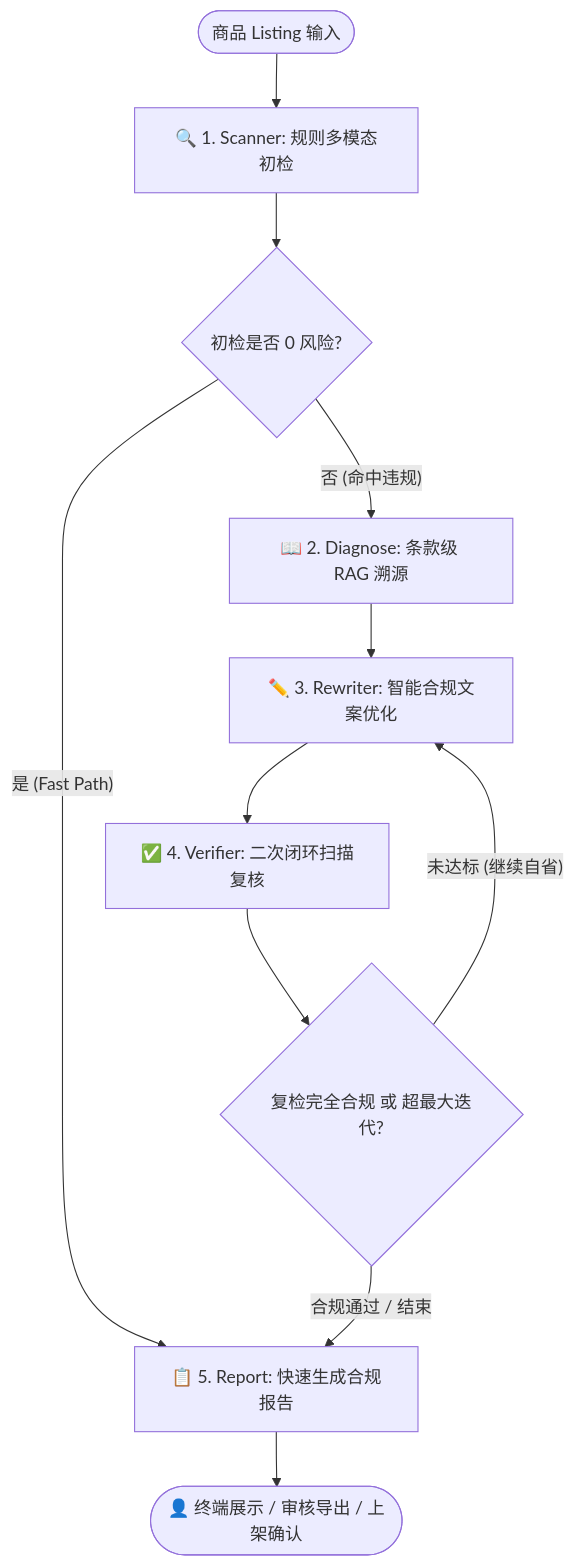
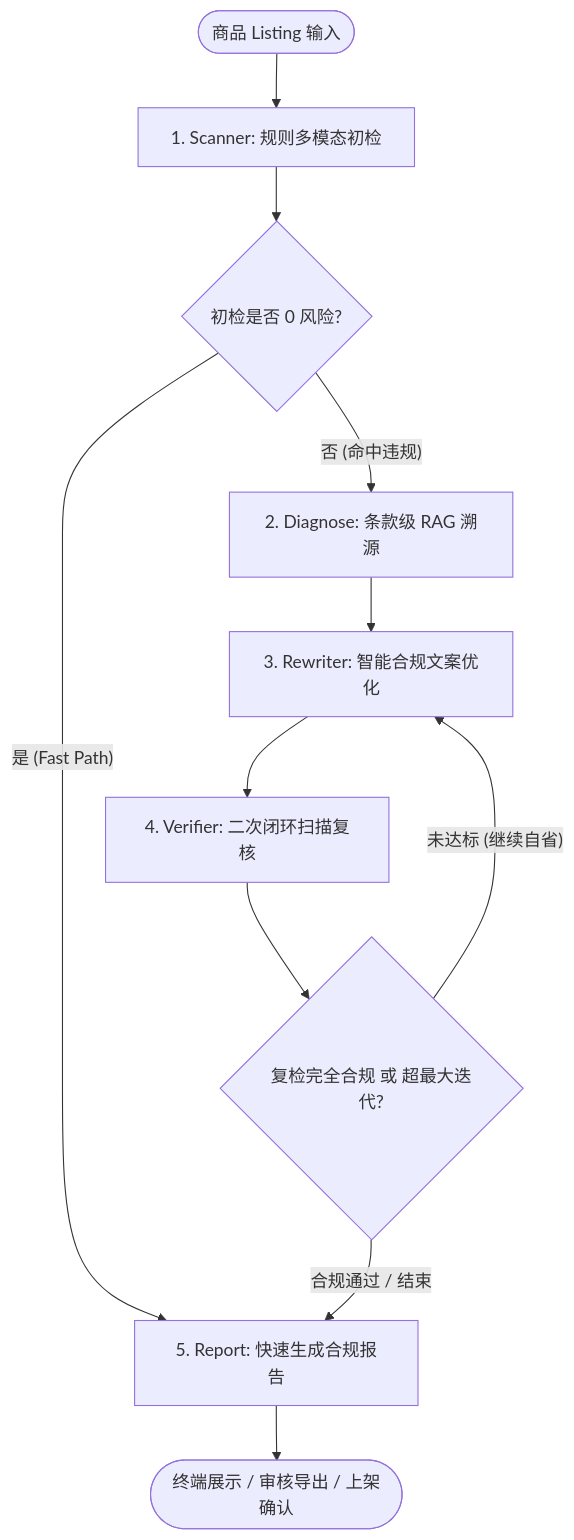
One commit to yyyqqqgedfuyeg/ListingGuard changed the diagram in README.md. Above: the diagram before and after it, drawn with Mermaid. The commit also changed other lines of this file and 30 other files, not shown here.

Commit message:
feat(compliance): implement hierarchical RAG, SQLite db, RBAC, double-confirmation, hooks, and clean README

````diff
--- a/README.md
+++ b/README.md
@@ -47,17 +48,17 @@
 ```mermaid
 flowchart TD
-    Start([商品 Listing 输入]) --> ScannerNode[🔍 1. Scanner: 规则多模态初检]
+    Start([商品 Listing 输入]) --> ScannerNode[1. Scanner: 规则多模态初检]
     
     ScannerNode --> IsCleanCheck{初检是否 0 风险?}
-    IsCleanCheck -- 是 (Fast Path) --> ReportNode[📋 5. Report: 快速生成合规报告]
-    IsCleanCheck -- 否 (命中违规) --> DiagnoseNode[📖 2. Diagnose: 条款级 RAG 溯源]
+    IsCleanCheck -- 是 (Fast Path) --> ReportNode[5. Report: 快速生成合规报告]
+    IsCleanCheck -- 否 (命中违规) --> DiagnoseNode[2. Diagnose: 条款级 RAG 溯源]
     
-    DiagnoseNode --> RewriteNode[✏️ 3. Rewriter: 智能合规文案优化]
-    RewriteNode --> VerifierNode[✅ 4. Verifier: 二次闭环扫描复核]
+    DiagnoseNode --> RewriteNode[3. Rewriter: 智能合规文案优化]
+    RewriteNode --> VerifierNode[4. Verifier: 二次闭环扫描复核]
     
     VerifierNode --> VerifyCheck{复检完全合规 或 超最大迭代?}
     VerifyCheck -- 未达标 (继续自省) --> RewriteNode
     VerifyCheck -- 合规通过 / 结束 --> ReportNode
     
-    ReportNode --> HITL([👤 终端展示 / 审核导出 / 上架确认])
+    ReportNode --> HITL([终端展示 / 审核导出 / 上架确认])
 ```
````
